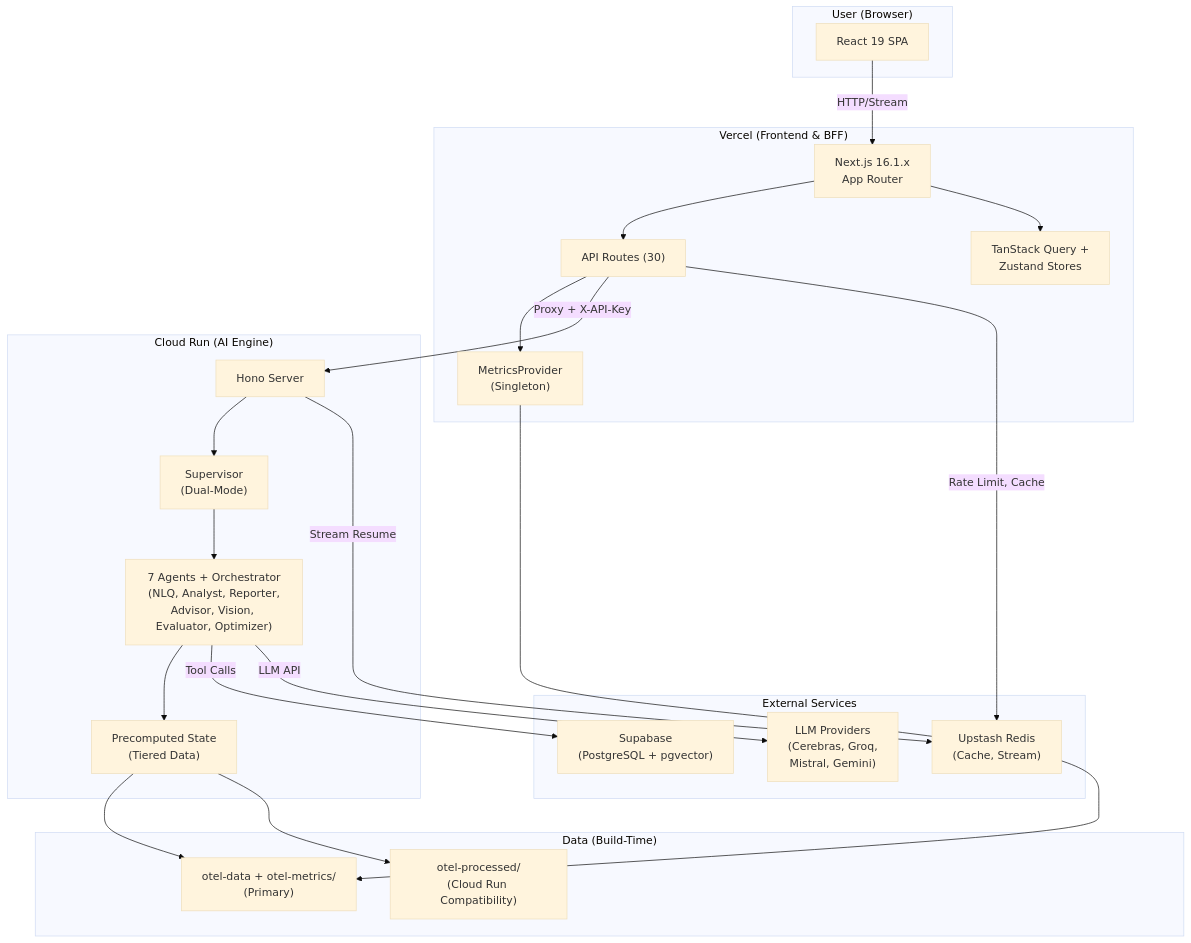
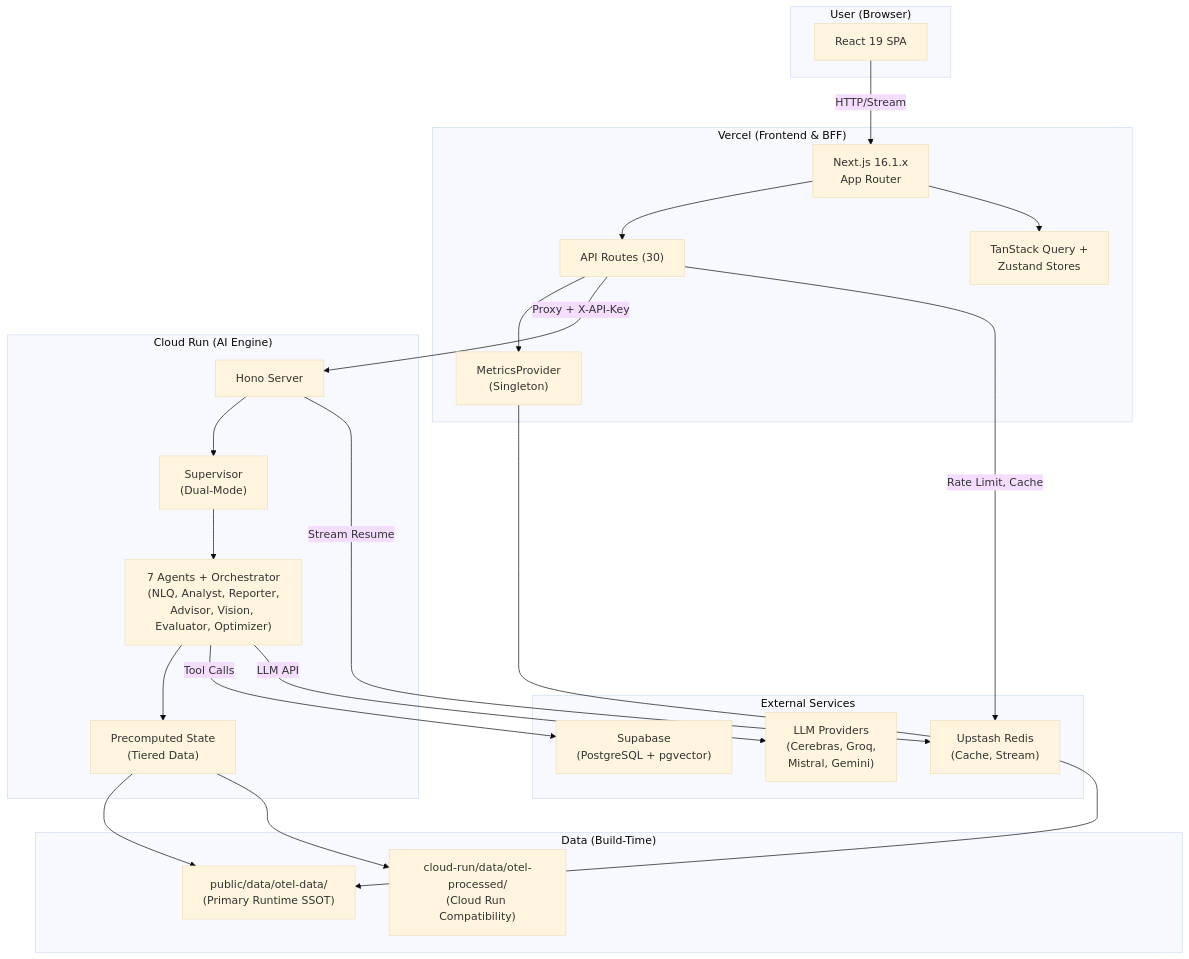
The diagram in docs/reference/architecture/system/system-architecture-current.md (skyasu2/openmanager-ai), drawn with Mermaid (base theme) before and after one commit. The commit also changed other lines of this file and 69 other files, not shown here.

Commit message:
feat(data): externalize otel runtime dataset and async loading

````diff
--- a/docs/reference/architecture/system/system-architecture-current.md
+++ b/docs/reference/architecture/system/system-architecture-current.md
@@ -34,47 +34,47 @@
 ```mermaid
 graph TB
     subgraph User["User (Browser)"]
         UI[React 19 SPA]
     end
 
     subgraph Vercel["Vercel (Frontend & BFF)"]
         NextJS["Next.js 16.1.x<br/>App Router"]
         API["API Routes (30)"]
         MP["MetricsProvider<br/>(Singleton)"]
         Providers["TanStack Query +<br/>Zustand Stores"]
     end
 
     subgraph CloudRun["Cloud Run (AI Engine)"]
         Hono["Hono Server"]
         Supervisor["Supervisor<br/>(Dual-Mode)"]
         Agents["7 Agents + Orchestrator<br/>(NLQ, Analyst, Reporter,<br/>Advisor, Vision, Evaluator, Optimizer)"]
         PreComp["Precomputed State<br/>(Tiered Data)"]
     end
 
     subgraph External["External Services"]
         Supabase["Supabase<br/>(PostgreSQL + pgvector)"]
         Redis["Upstash Redis<br/>(Cache, Stream)"]
         LLM["LLM Providers<br/>(Cerebras, Groq,<br/>Mistral, Gemini)"]
     end
 
     subgraph Data["Data (Build-Time)"]
-        OTel["otel-data + otel-metrics/<br/>(Primary)"]
-        Compat["otel-processed/<br/>(Cloud Run Compatibility)"]
+        OTel["public/data/otel-data/<br/>(Primary Runtime SSOT)"]
+        Compat["cloud-run/data/otel-processed/<br/>(Cloud Run Compatibility)"]
     end
 
     UI -->|HTTP/Stream| NextJS
     NextJS --> API
     API --> MP
     MP --> OTel
     API -->|Proxy + X-API-Key| Hono
     Hono --> Supervisor
     Supervisor --> Agents
     Agents --> PreComp
     PreComp --> OTel
     PreComp --> Compat
     Agents -->|Tool Calls| Supabase
     Agents -->|LLM API| LLM
     API -->|Rate Limit, Cache| Redis
     Hono -->|Stream Resume| Redis
     NextJS --> Providers
 ```
````
